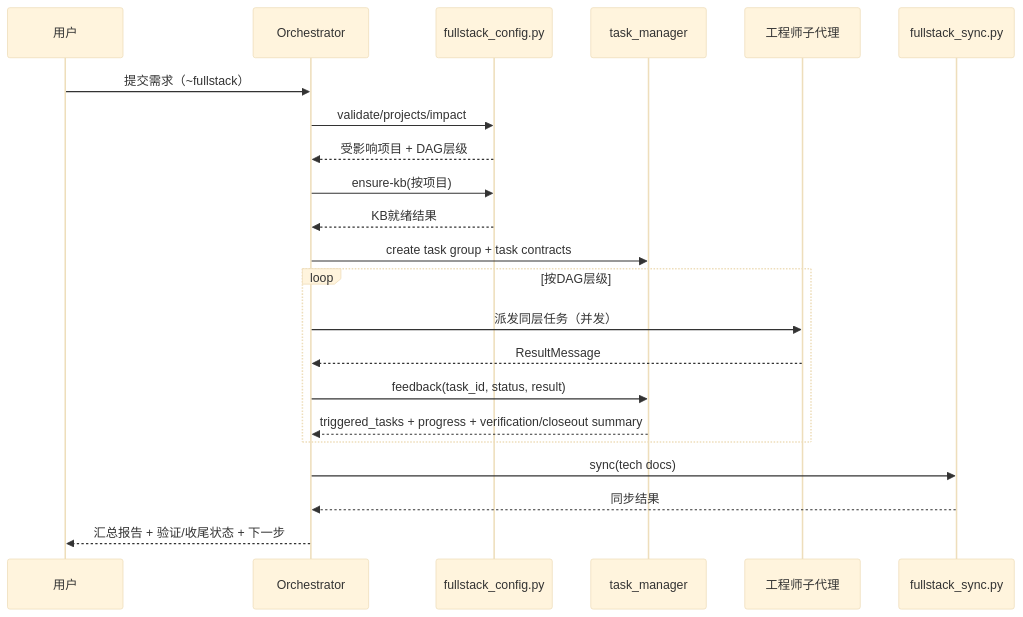
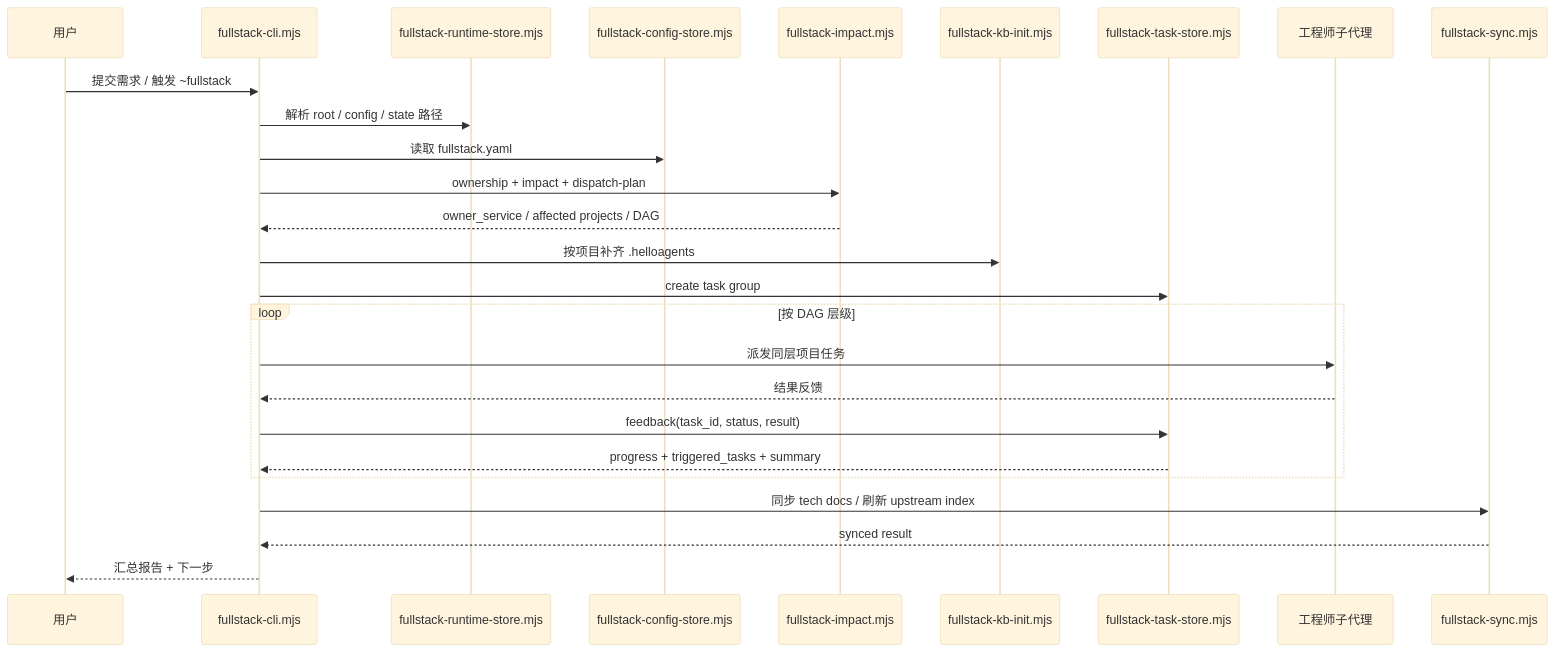
One commit to sunnyboy23/helloagents changed the second of 2 diagrams in docs/fullstack-mode-design.md. Above: the diagram before and after it, drawn with Mermaid (base theme). The commit also changed other lines of this file, not shown here.

````diff
--- a/docs/fullstack-mode-design.md
+++ b/docs/fullstack-mode-design.md
@@ -168,25 +515,29 @@
 ```mermaid
 sequenceDiagram
     participant User as 用户
-    participant Orc as Orchestrator
-    participant Cfg as fullstack_config.py
-    participant Tm as task_manager
+    participant CLI as fullstack-cli.mjs
+    participant Runtime as fullstack-runtime-store.mjs
+    participant Config as fullstack-config-store.mjs
+    participant Impact as fullstack-impact.mjs
+    participant KB as fullstack-kb-init.mjs
+    participant Task as fullstack-task-store.mjs
     participant Eng as 工程师子代理
-    participant Sync as fullstack_sync.py
+    participant Sync as fullstack-sync.mjs
 
-    User->>Orc: 提交需求（~fullstack）
-    Orc->>Cfg: validate/projects/impact
-    Cfg-->>Orc: 受影响项目 + DAG层级
-    Orc->>Cfg: ensure-kb(按项目)
-    Cfg-->>Orc: KB就绪结果
-    Orc->>Tm: create task group + task contracts
-    loop 按DAG层级
-        Orc->>Eng: 派发同层任务（并发）
-        Eng-->>Orc: ResultMessage
-        Orc->>Tm: feedback(task_id, status, result)
-        Tm-->>Orc: triggered_tasks + progress + verification/closeout summary
+    User->>CLI: 提交需求 / 触发 ~fullstack
+    CLI->>Runtime: 解析 root / config / state 路径
+    CLI->>Config: 读取 fullstack.yaml
+    CLI->>Impact: ownership + impact + dispatch-plan
+    Impact-->>CLI: owner_service / affected projects / DAG
+    CLI->>KB: 按项目补齐 .helloagents
+    CLI->>Task: create task group
+    loop 按 DAG 层级
+        CLI->>Eng: 派发同层项目任务
+        Eng-->>CLI: 结果反馈
+        CLI->>Task: feedback(task_id, status, result)
+        Task-->>CLI: progress + triggered_tasks + summary
     end
-    Orc->>Sync: sync(tech docs)
-    Sync-->>Orc: 同步结果
-    Orc-->>User: 汇总报告 + 验证/收尾状态 + 下一步
+    CLI->>Sync: 同步 tech docs / 刷新 upstream index
+    Sync-->>CLI: synced result
+    CLI-->>User: 汇总报告 + 下一步
 ```
````
